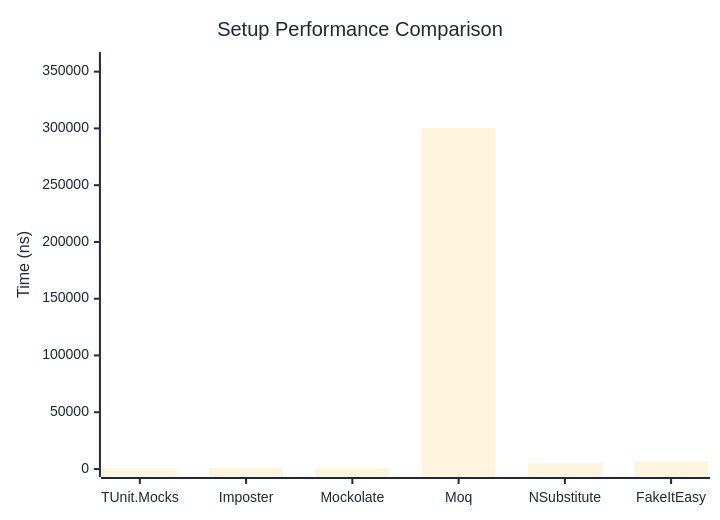
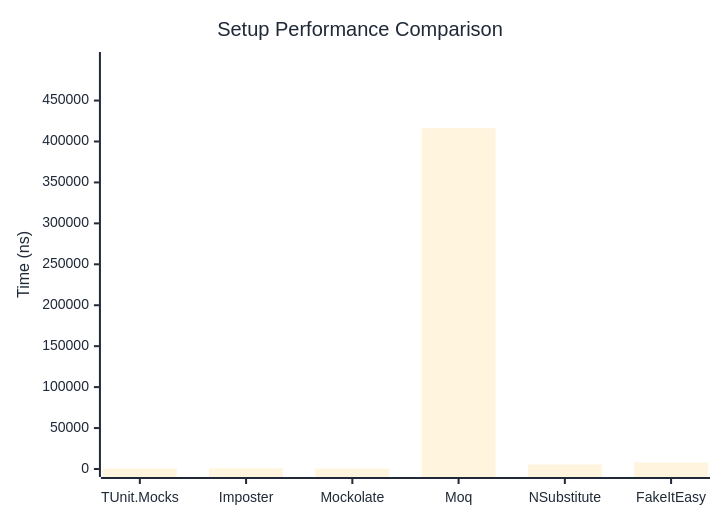
Before and after one commit to thomhurst/TUnit: the first of 2 diagrams in docs/docs/benchmarks/mocks/Setup.md, drawn with Mermaid. The commit also changed other lines of this file and 14 other files, not shown here.

````diff
--- a/docs/docs/benchmarks/mocks/Setup.md
+++ b/docs/docs/benchmarks/mocks/Setup.md
@@ -28,27 +28,27 @@
 ```mermaid
 %%{init: {
   'theme':'base',
   'themeVariables': {
     'primaryColor': '#2563eb',
     'primaryTextColor': '#1f2937',
     'primaryBorderColor': '#1e40af',
     'lineColor': '#6b7280',
     'secondaryColor': '#7c3aed',
     'tertiaryColor': '#dc2626',
     'background': '#ffffff',
     'pie1': '#2563eb',
     'pie2': '#7c3aed',
     'pie3': '#dc2626',
     'pie4': '#f59e0b',
     'pie5': '#10b981',
     'pie6': '#06b6d4',
     'pie7': '#ec4899',
     'pie8': '#6366f1'
   }
 }}%%
 xychart-beta
   title "Setup Performance Comparison"
   x-axis ["TUnit.Mocks", "Imposter", "Mockolate", "Moq", "NSubstitute", "FakeItEasy"]
-  y-axis "Time (ns)" 0 --> 360268
-  bar [565.9, 762.3, 459.5, 300222.8, 5070.1, 6881.7]
+  y-axis "Time (ns)" 0 --> 499526
+  bar [537.4, 778.6, 434.5, 416271.5, 5555.9, 7968.6]
 ```
````
